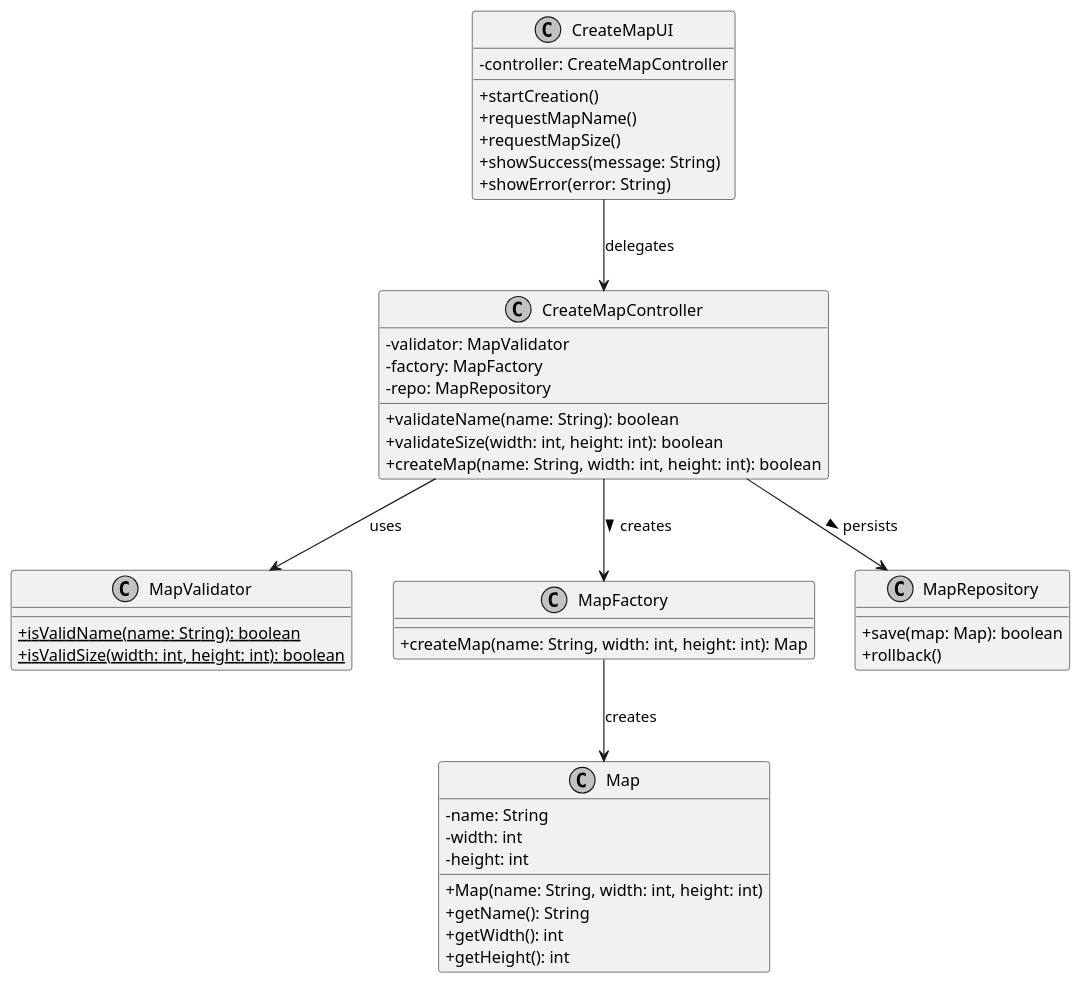
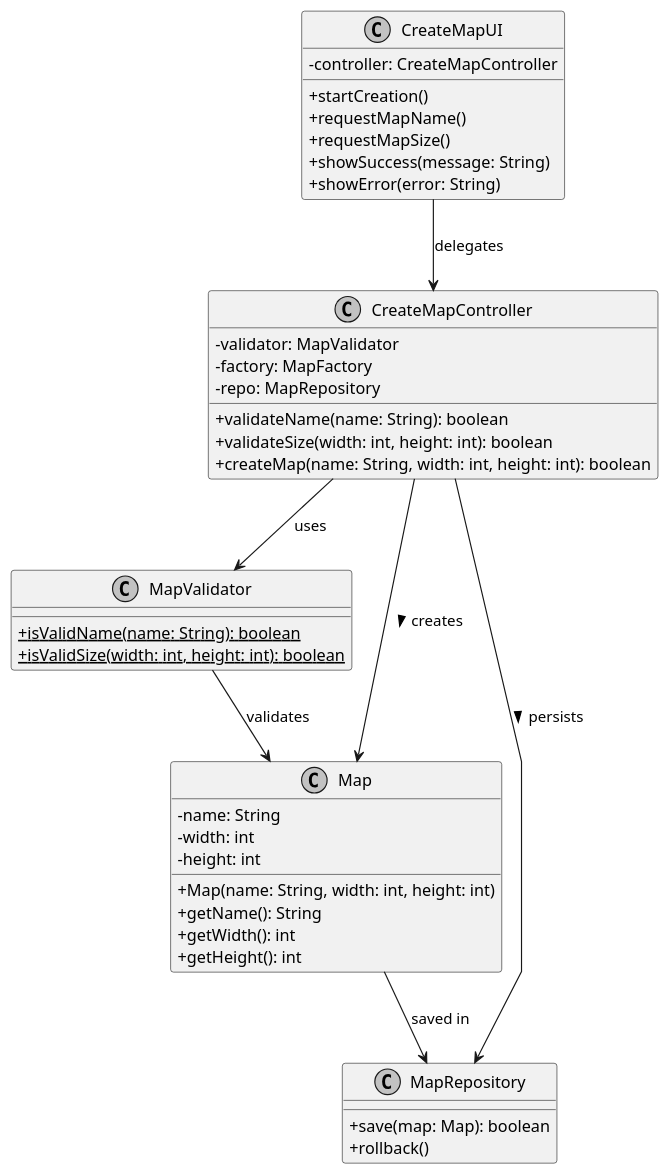
The diagram in Sprint2/US01/03.design.us01/puml/US01-CD.puml (Andremonteiro1240850/railway_simulator), drawn with PlantUML before and after one commit.

Commit message:
CD Design US01

```diff
--- a/Sprint2/US01/03.design.us01/puml/US01-CD.puml
+++ b/Sprint2/US01/03.design.us01/puml/US01-CD.puml
@@ -1,59 +1,58 @@
 @startuml
 'https://plantuml.com/class-diagram
 
 skinparam monochrome true
 skinparam packageStyle rectangle
 skinparam shadowing false
 skinparam linetype polyline
 skinparam classAttributeIconSize 0
 
 ' ==== Core Classes ====
 class CreateMapUI {
   - controller: CreateMapController
   + startCreation()
   + requestMapName()
   + requestMapSize()
   + showSuccess(message: String)
   + showError(error: String)
 }
 
 class CreateMapController {
   - validator: MapValidator
   - factory: MapFactory
   - repo: MapRepository
   + validateName(name: String): boolean
   + validateSize(width: int, height: int): boolean
   + createMap(name: String, width: int, height: int): boolean
 }
 
 class MapValidator {
   + isValidName(name: String): boolean {static}
   + isValidSize(width: int, height: int): boolean {static}
 }
 
-class MapFactory {
-  + createMap(name: String, width: int, height: int): Map
-}
 
 class Map {
   - name: String
   - width: int
   - height: int
   + Map(name: String, width: int, height: int)
   + getName(): String
   + getWidth(): int
   + getHeight(): int
 }
 
 class MapRepository {
   + save(map: Map): boolean
   + rollback()
 }
 
 ' ==== Dependencies ====
 CreateMapUI --> CreateMapController : delegates
 CreateMapController --> MapValidator : uses
-CreateMapController --> MapFactory : creates >
+MapValidator --> Map : validates
+CreateMapController --> Map : creates >
 CreateMapController --> MapRepository : persists >
-MapFactory --> Map : creates
+Map --> MapRepository : saved in
+
 @enduml
```
